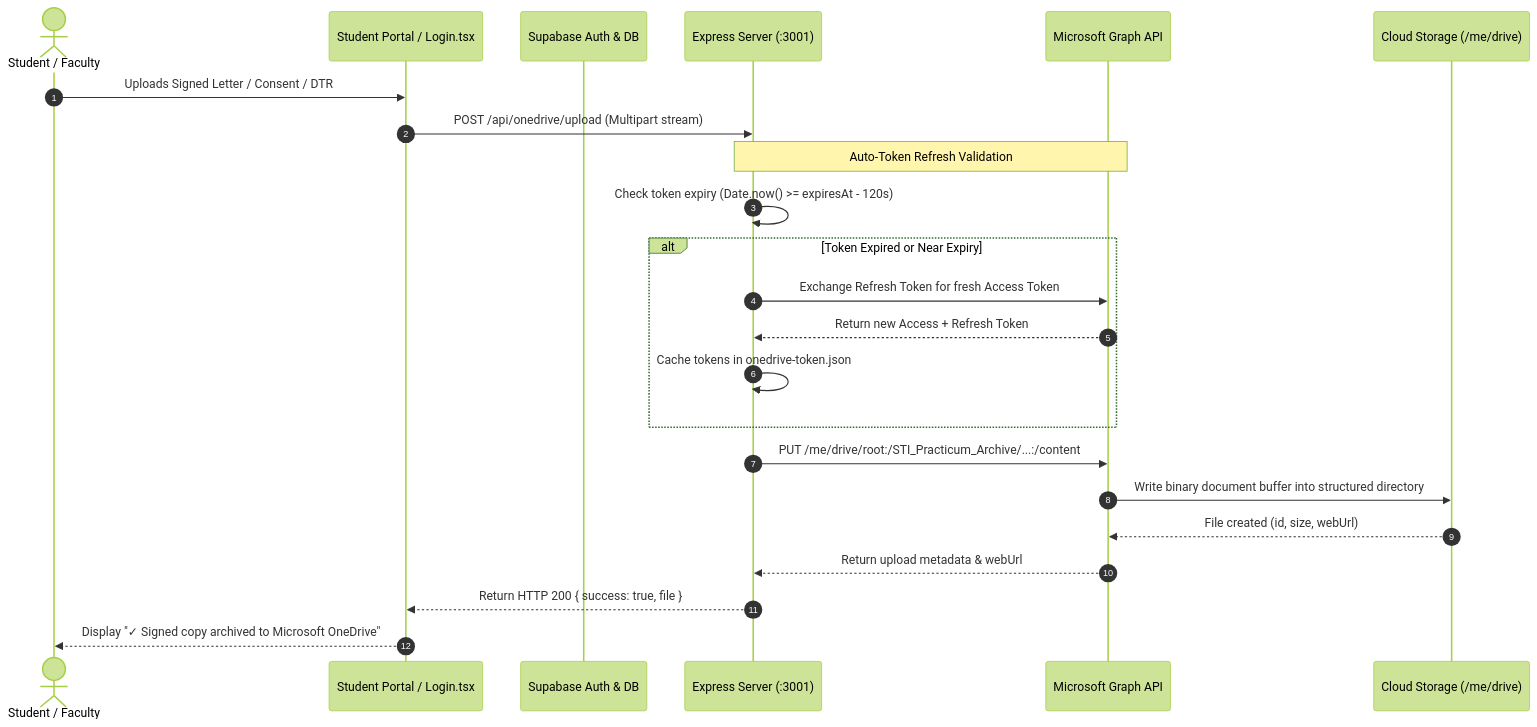
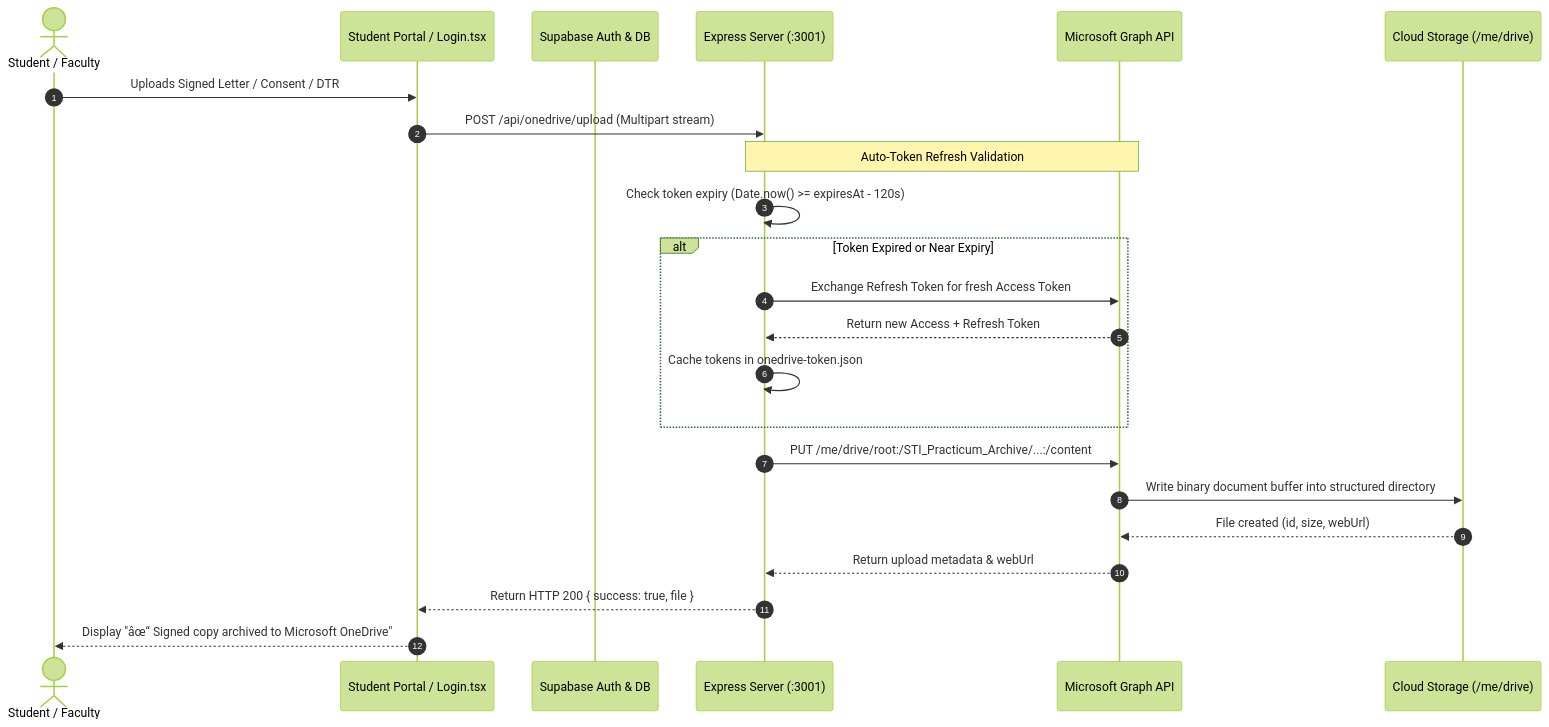
One commit to s5condlast-cmd/Capstone-2-Official-CloudHosting changed the diagram in docs/features/08_AUTH_AND_ONEDRIVE_SYNC.md. Above: the diagram before and after it, drawn with Mermaid (forest theme). The commit also changed other lines of this file and 22 other files, not shown here.

````diff
--- a/docs/features/08_AUTH_AND_ONEDRIVE_SYNC.md
+++ b/docs/features/08_AUTH_AND_ONEDRIVE_SYNC.md
@@ -21,28 +42,28 @@
 ```mermaid
 sequenceDiagram
     autonumber
     actor User as Student / Faculty
     participant UI as Student Portal / Login.tsx
     participant Supabase as Supabase Auth & DB
     participant Backend as Express Server (:3001)
     participant Graph as Microsoft Graph API
     participant OneDrive as Cloud Storage (/me/drive)
 
     User->>UI: Uploads Signed Letter / Consent / DTR
     UI->>Backend: POST /api/onedrive/upload (Multipart stream)
-    
+
     note over Backend,Graph: Auto-Token Refresh Validation
     Backend->>Backend: Check token expiry (Date.now() >= expiresAt - 120s)
     alt Token Expired or Near Expiry
         Backend->>Graph: Exchange Refresh Token for fresh Access Token
         Graph-->>Backend: Return new Access + Refresh Token
         Backend->>Backend: Cache tokens in onedrive-token.json
     end
 
     Backend->>Graph: PUT /me/drive/root:/STI_Practicum_Archive/...:/content
     Graph->>OneDrive: Write binary document buffer into structured directory
     OneDrive-->>Graph: File created (id, size, webUrl)
     Graph-->>Backend: Return upload metadata & webUrl
     Backend-->>UI: Return HTTP 200 { success: true, file }
-    UI-->>User: Display "✓ Signed copy archived to Microsoft OneDrive"
+    UI-->>User: Display "âœ“ Signed copy archived to Microsoft OneDrive"
 ```
````
